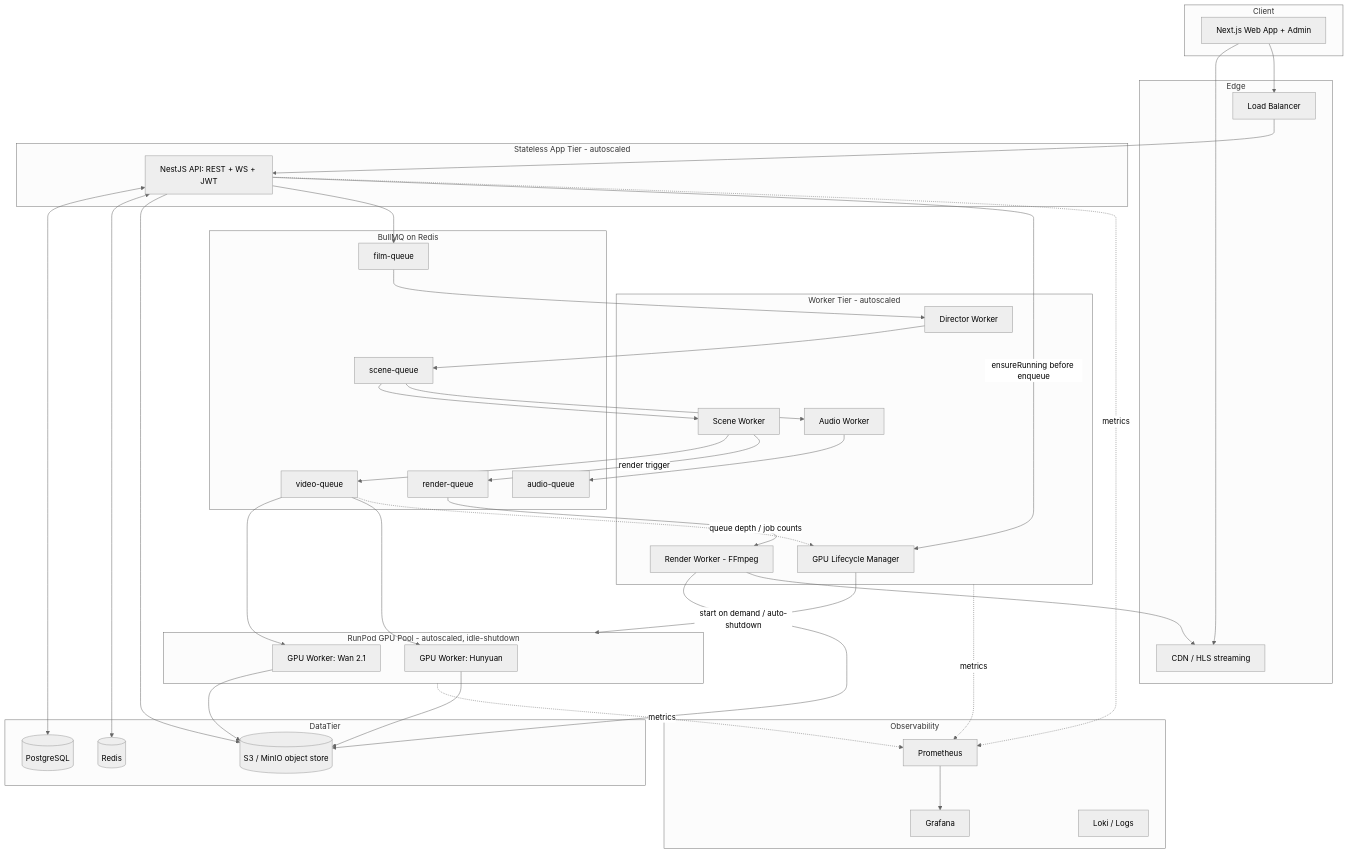
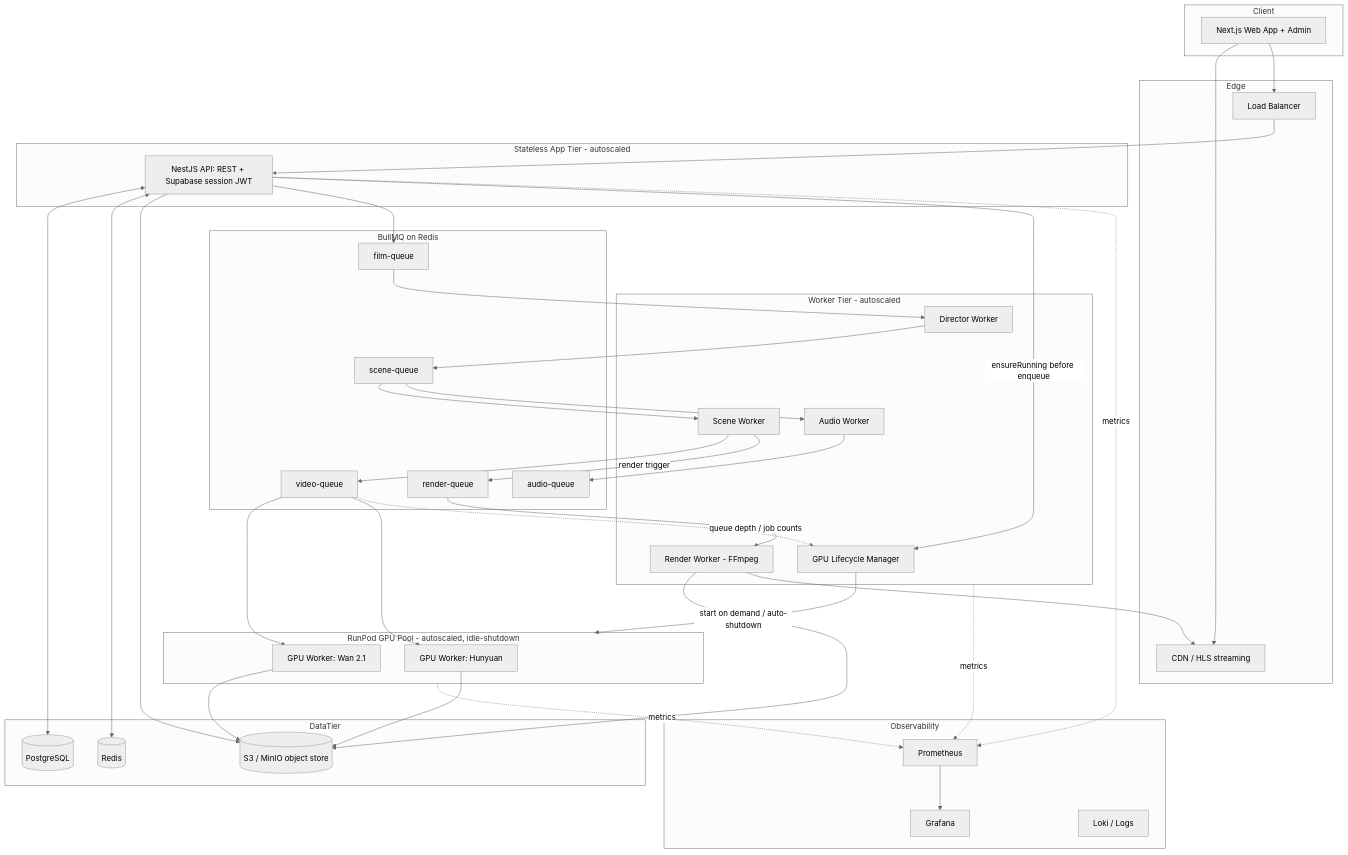
Before and after one commit to ICOFCUCAM/media: the first of 6 diagrams in docs/01-architecture.md, drawn with Mermaid (neutral theme). The commit also changed other lines of this file and 137 other files, not shown here.

````diff
--- a/docs/01-architecture.md
+++ b/docs/01-architecture.md
@@ -7,73 +14,73 @@
 ```mermaid
 flowchart TB
   subgraph Client
     WEB[Next.js Web App + Admin]
   end
 
   subgraph Edge
     CDN[CDN / HLS streaming]
     LB[Load Balancer]
   end
 
   subgraph AppTier[Stateless App Tier - autoscaled]
-    API[NestJS API: REST + WS + JWT]
+    API[NestJS API: REST + Supabase session JWT]
   end
 
   subgraph DataTier
     PG[(PostgreSQL)]
     REDIS[(Redis)]
     S3[(S3 / MinIO object store)]
   end
 
   subgraph Queues[BullMQ on Redis]
     Qfilm[film-queue]
     Qscene[scene-queue]
     Qvideo[video-queue]
     Qaudio[audio-queue]
     Qrender[render-queue]
   end
 
   subgraph Workers[Worker Tier - autoscaled]
     Wdir[Director Worker]
     Wscene[Scene Worker]
     Waudio[Audio Worker]
     Wrender[Render Worker - FFmpeg]
     GMGR[GPU Lifecycle Manager]
   end
 
   subgraph GPU[RunPod GPU Pool - autoscaled, idle-shutdown]
     GW1[GPU Worker: Wan 2.1]
     GW2[GPU Worker: Hunyuan]
   end
 
   subgraph Observability
     PROM[Prometheus]
     GRAF[Grafana]
     LOGS[Loki / Logs]
   end
 
   WEB --> CDN
   WEB --> LB --> API
   API <--> PG
   API <--> REDIS
   API --> S3
   API --> Qfilm
 
   Qfilm --> Wdir --> Qscene
   Qscene --> Wscene --> Qvideo
   Qscene --> Waudio --> Qaudio
   Qvideo --> GW1
   Qvideo --> GW2
   GMGR -->|start on demand / auto-shutdown| GPU
   Qvideo -.queue depth / job counts.-> GMGR
   API -->|ensureRunning before enqueue| GMGR
   Wscene -->|render trigger| Qrender --> Wrender --> S3
   GW1 --> S3
   GW2 --> S3
   Wrender --> CDN
 
   API -.metrics.-> PROM
   Workers -.metrics.-> PROM
   GPU -.metrics.-> PROM
   PROM --> GRAF
 ```
````
